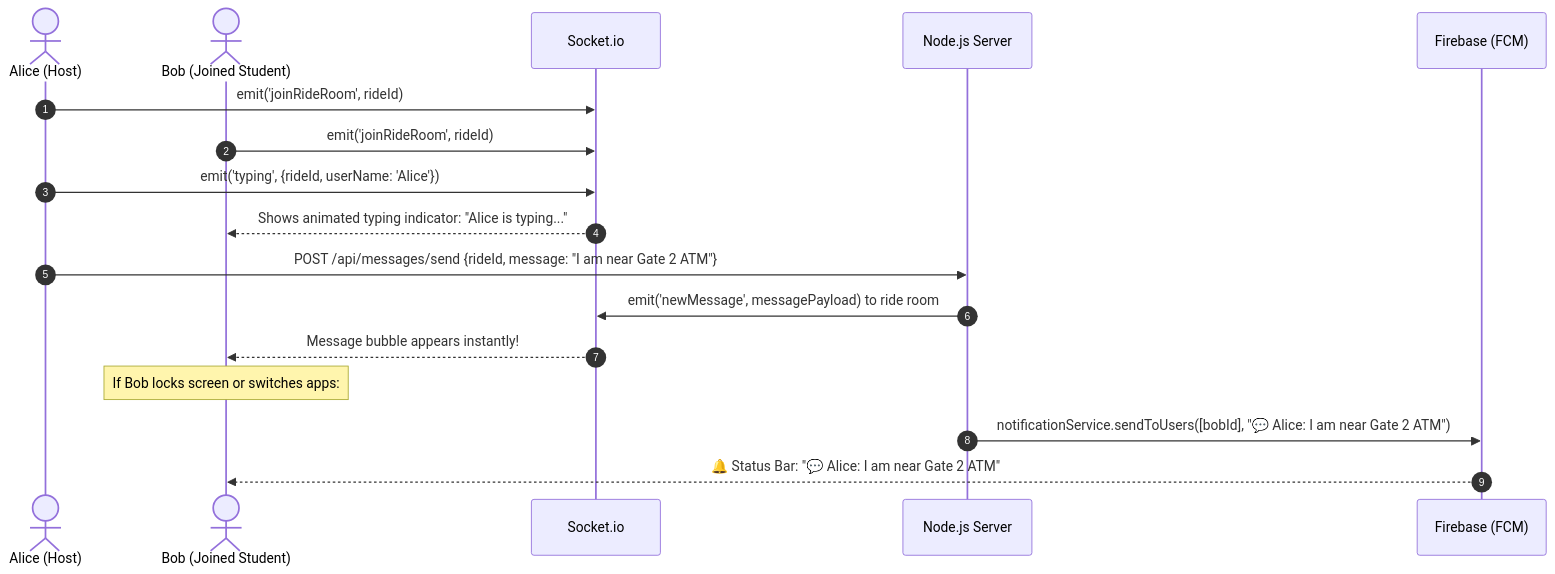
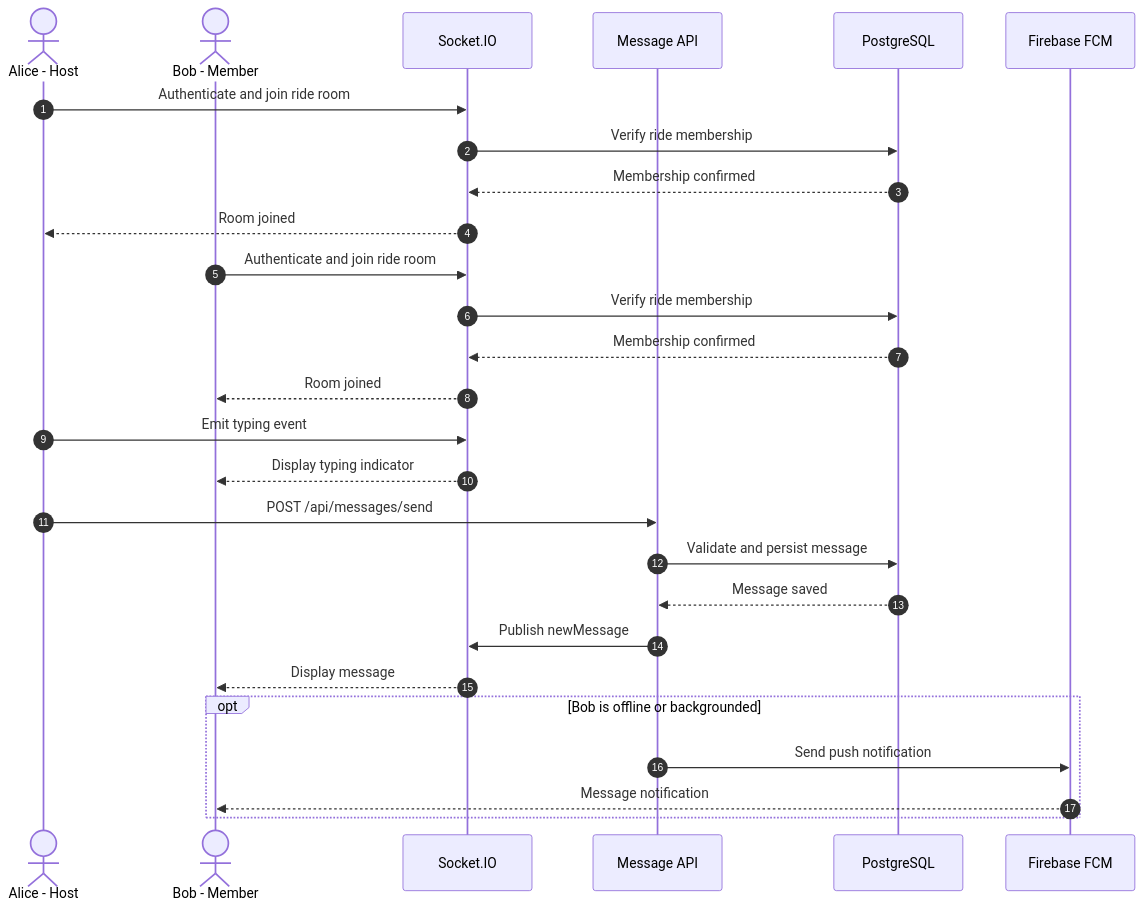
The fifth of 6 diagrams in SYSTEM_DESIGN_AND_ARCHITECTURE_GUIDE.md (Thilak-K2121/AutoMate), drawn with Mermaid before and after one commit. The commit also changed other lines of this file, not shown here.

First line of the commit message:
Refine formatting and content in architecture guide

````diff
--- a/SYSTEM_DESIGN_AND_ARCHITECTURE_GUIDE.md
+++ b/SYSTEM_DESIGN_AND_ARCHITECTURE_GUIDE.md
@@ -437,23 +688,34 @@
 ```mermaid
 sequenceDiagram
     autonumber
-    actor Alice as Alice (Host)
-    actor Bob as Bob (Joined Student)
-    participant Socket as Socket.io
-    participant Backend as Node.js Server
-    participant FCM as Firebase (FCM)
+    actor Alice as Alice - Host
+    actor Bob as Bob - Member
+    participant Socket as Socket.IO
+    participant API as Message API
+    participant DB as PostgreSQL
+    participant FCM as Firebase FCM
 
-    Alice->>Socket: emit('joinRideRoom', rideId)
-    Bob->>Socket: emit('joinRideRoom', rideId)
+    Alice->>Socket: Authenticate and join ride room
+    Socket->>DB: Verify ride membership
+    DB-->>Socket: Membership confirmed
+    Socket-->>Alice: Room joined
 
-    Alice->>Socket: emit('typing', {rideId, userName: 'Alice'})
-    Socket-->>Bob: Shows animated typing indicator: "Alice is typing..."
+    Bob->>Socket: Authenticate and join ride room
+    Socket->>DB: Verify ride membership
+    DB-->>Socket: Membership confirmed
+    Socket-->>Bob: Room joined
 
-    Alice->>Backend: POST /api/messages/send {rideId, message: "I am near Gate 2 ATM"}
-    Backend->>Socket: emit('newMessage', messagePayload) to ride room
-    Socket-->>Bob: Message bubble appears instantly!
+    Alice->>Socket: Emit typing event
+    Socket-->>Bob: Display typing indicator
 
-    Note over Bob: If Bob locks screen or switches apps:
-    Backend->>FCM: notificationService.sendToUsers([bobId], "💬 Alice: I am near Gate 2 ATM")
-    FCM-->>Bob: 🔔 Status Bar: "💬 Alice: I am near Gate 2 ATM"
+    Alice->>API: POST /api/messages/send
+    API->>DB: Validate and persist message
+    DB-->>API: Message saved
+    API->>Socket: Publish newMessage
+    Socket-->>Bob: Display message
+
+    opt Bob is offline or backgrounded
+        API->>FCM: Send push notification
+        FCM-->>Bob: Message notification
+    end
 ```
````
